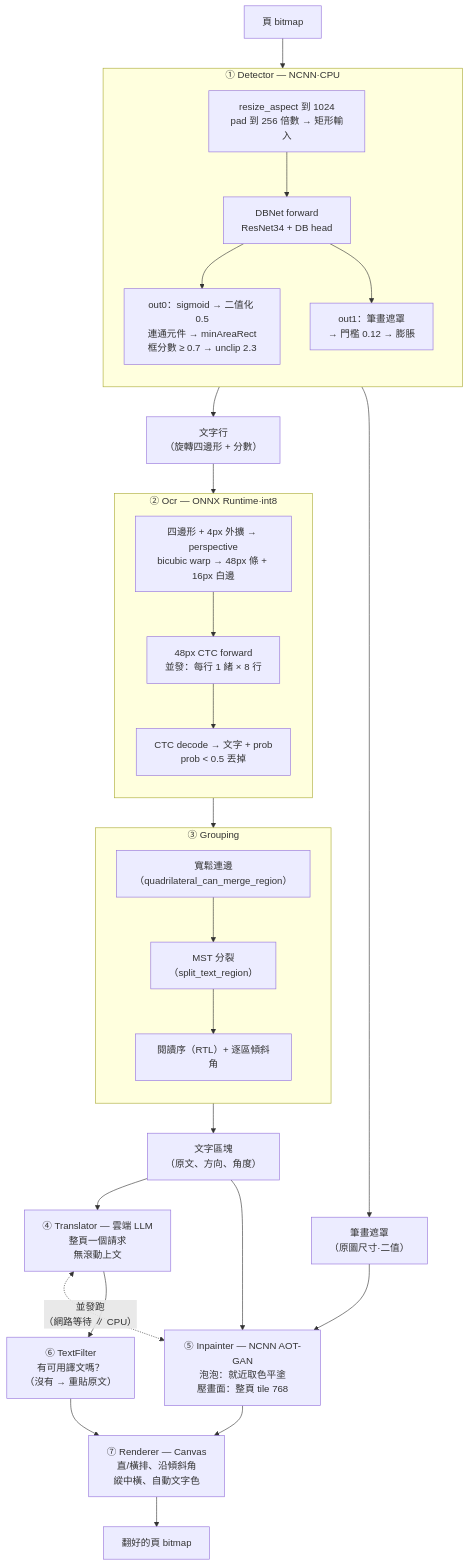
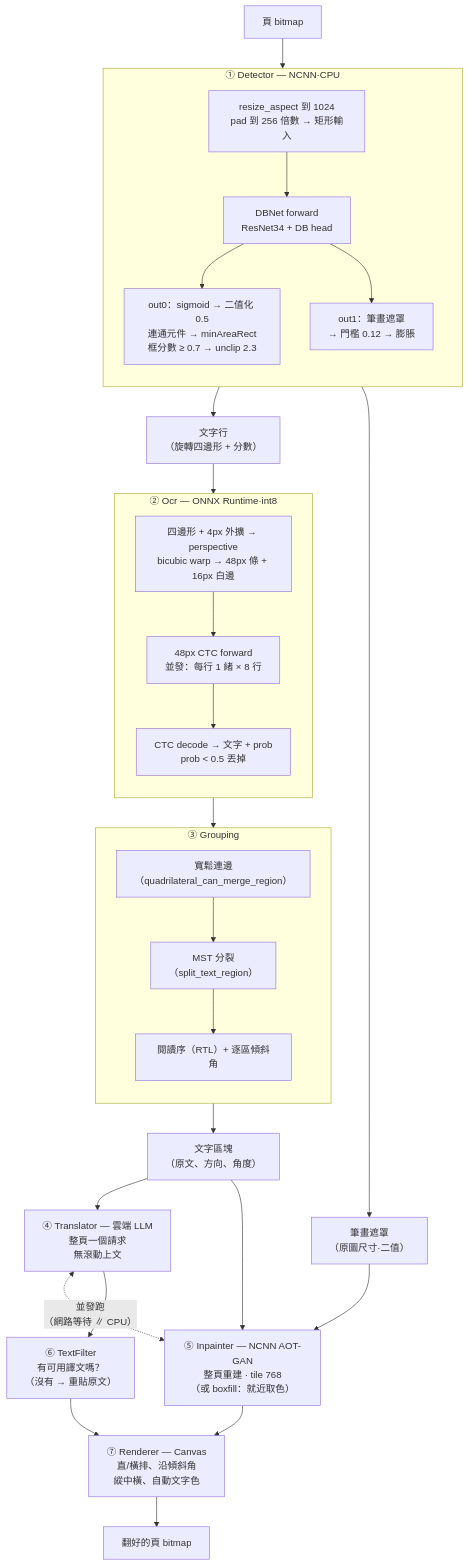
One commit to PineappleTwilight/houri-engine changed the diagram in engine/README_zh.md. Above: the diagram before and after it, drawn with Mermaid. The commit also changed other lines of this file and 8 other files, not shown here.

````diff
--- a/engine/README_zh.md
+++ b/engine/README_zh.md
@@ -132,49 +132,49 @@
 ```mermaid
 flowchart TD
     P["頁 bitmap"] --> DET
 
     subgraph DET["① Detector — NCNN·CPU"]
         direction TB
         D1["resize_aspect 到 1024<br/>pad 到 256 倍數 → 矩形輸入"]
         D2["DBNet forward<br/>ResNet34 + DB head"]
         D3["out0：sigmoid → 二值化 0.5<br/>連通元件 → minAreaRect<br/>框分數 ≥ 0.7 → unclip 2.3"]
         D4["out1：筆畫遮罩<br/>→ 門檻 0.12 → 膨脹"]
         D1 --> D2
         D2 --> D3
         D2 --> D4
     end
 
     DET --> LINES["文字行<br/>（旋轉四邊形 + 分數）"]
     DET --> MASK["筆畫遮罩<br/>（原圖尺寸·二值）"]
 
     LINES --> OCR
     subgraph OCR["② Ocr — ONNX Runtime·int8"]
         direction TB
         O1["四邊形 + 4px 外擴 → perspective<br/>bicubic warp → 48px 條 + 16px 白邊"]
         O2["48px CTC forward<br/>並發：每行 1 緒 × 8 行"]
         O3["CTC decode → 文字 + prob<br/>prob &lt; 0.5 丟掉"]
         O1 --> O2 --> O3
     end
 
     OCR --> GRP
     subgraph GRP["③ Grouping"]
         direction TB
         G1["寬鬆連邊<br/>（quadrilateral_can_merge_region）"]
         G2["MST 分裂<br/>（split_text_region）"]
         G3["閱讀序（RTL）+ 逐區傾斜角"]
         G1 --> G2 --> G3
     end
 
     GRP --> REG["文字區塊<br/>（原文、方向、角度）"]
 
     REG --> TR["④ Translator — 雲端 LLM<br/>整頁一個請求<br/>無滾動上文"]
-    REG --> INP["⑤ Inpainter — NCNN AOT-GAN<br/>泡泡：就近取色平塗<br/>壓畫面：整頁 tile 768"]
+    REG --> INP["⑤ Inpainter — NCNN AOT-GAN<br/>整頁重建 · tile 768<br/>（或 boxfill：就近取色）"]
     MASK --> INP
 
     TR <-.->|"並發跑<br/>（網路等待 ∥ CPU）"| INP
 
     TR --> TF["⑥ TextFilter<br/>有可用譯文嗎？<br/>（沒有 → 重貼原文）"]
     TF --> RND
     INP --> RND["⑦ Renderer — Canvas<br/>直/橫排、沿傾斜角<br/>縱中橫、自動文字色"]
     RND --> OUT["翻好的頁 bitmap"]
 ```
````
